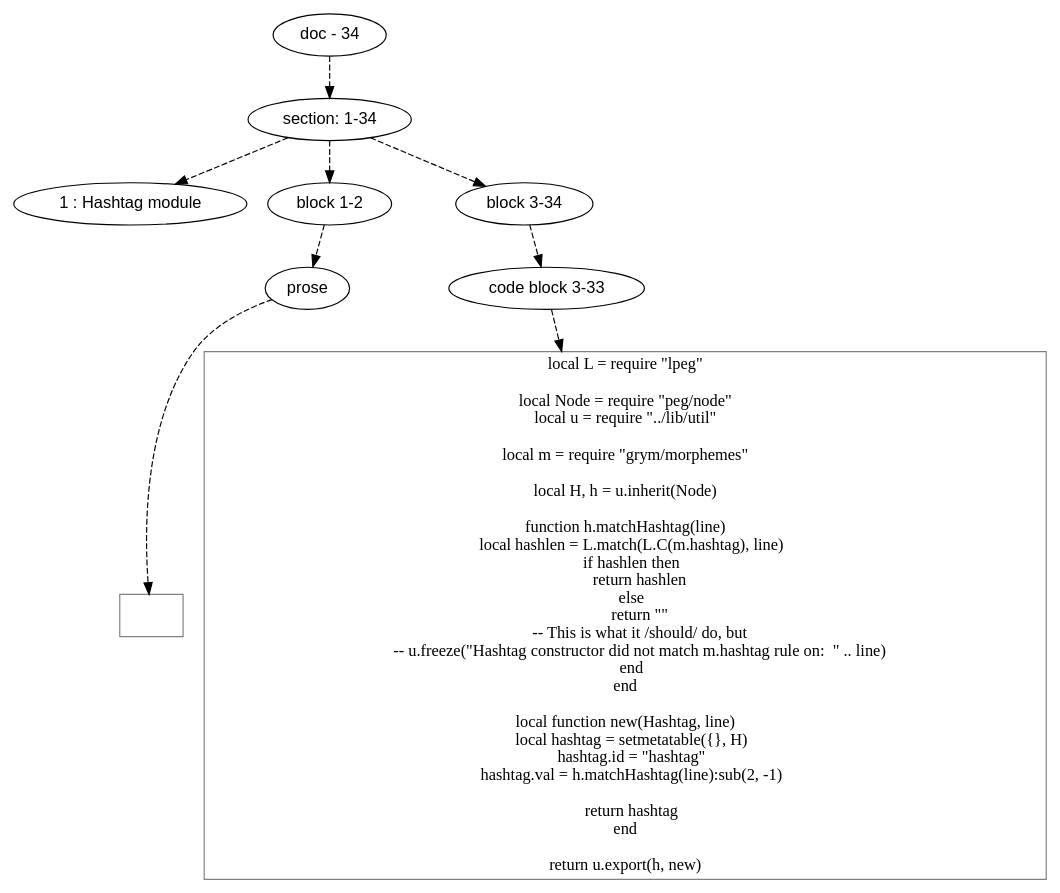
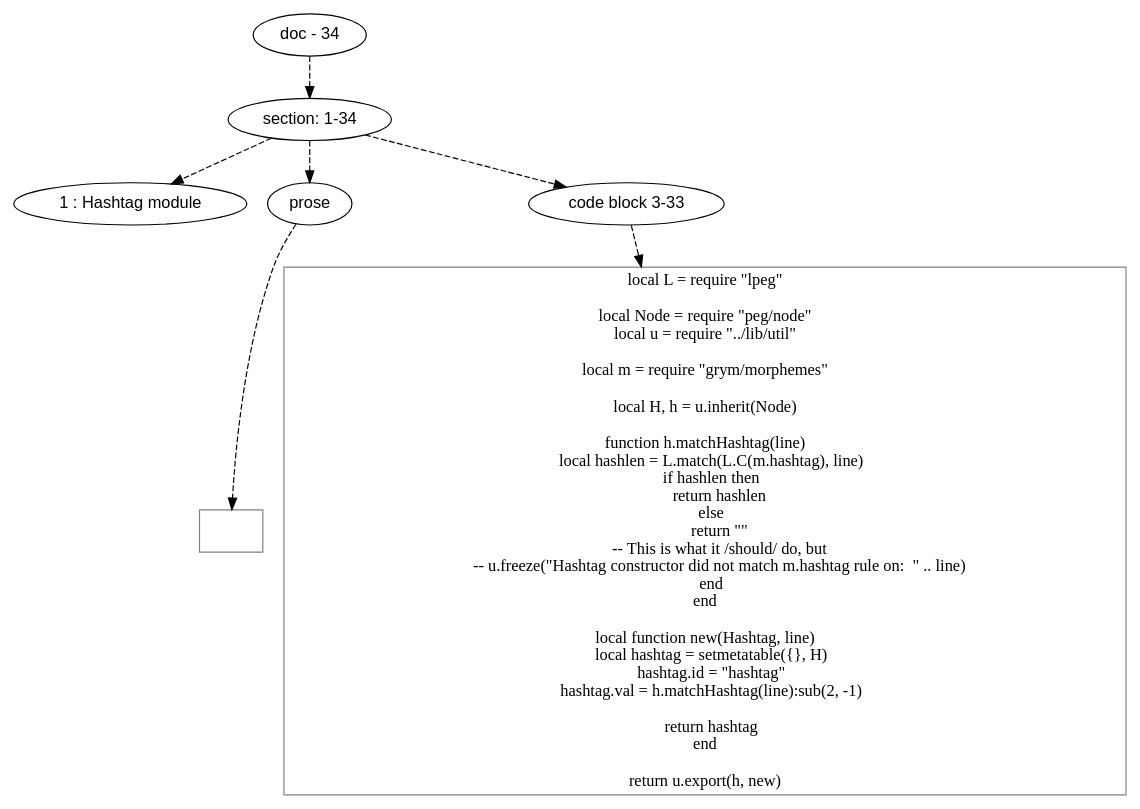
Before and after one commit to mnemnion/orb: the diagram in doc/dot/grym/hashtag.dot, drawn with Graphviz. The commit also changed 117 other files, not shown here.

```diff
--- a/doc/dot/grym/hashtag.dot
+++ b/doc/dot/grym/hashtag.dot
@@ -1,70 +1,58 @@
 digraph hierarchy {
 
 node [fontname=Helvetica]
 edge [style=dashed]
 
 doc_0 [label="doc - 34"]
 
 
 doc_0 -> { section_1}
 {rank=same; section_1}
 
 section_1 [label="section: 1-34"]
 
 
-section_1 -> { header_2 block_3 block_4}
-{rank=same; header_2 block_3 block_4}
+section_1 -> { header_2 prose_3 codeblock_4}
+{rank=same; header_2 prose_3 codeblock_4}
 
 header_2 [label="1 : Hashtag module"]
 
-block_3 [label="block 1-2"]
+prose_3 [label="prose"]
 
-block_4 [label="block 3-34"]
+codeblock_4 [label="code block 3-33"]
 
 
-block_3 -> { prose_5}
-{rank=same; prose_5}
-
-prose_5 [label="prose"]
-
-
-prose_5 -> leaf_6
-leaf_6  [color=Gray,shape=rectangle,fontname=Inconsolata,label=""]
-block_4 -> { codeblock_7}
-{rank=same; codeblock_7}
-
-codeblock_7 [label="code block 3-33"]
-
-
-codeblock_7 -> leaf_8
-leaf_8  [color=Gray,shape=rectangle,fontname=Inconsolata,label="local L = require \"lpeg\"
+prose_3 -> leaf_5
+leaf_5  [color=Gray,shape=rectangle,fontname=Inconsolata,label=""]
+codeblock_4 -> leaf_6
+leaf_6  [color=Gray,shape=rectangle,fontname=Inconsolata,label="local L = require \"lpeg\"
 
 local Node = require \"peg/node\"
 local u = require \"../lib/util\"
 
 local m = require \"grym/morphemes\"
 
 local H, h = u.inherit(Node)
 
 function h.matchHashtag(line)
     local hashlen = L.match(L.C(m.hashtag), line)
     if hashlen then
         return hashlen
     else
         return \"\"
         -- This is what it /should/ do, but
         -- u.freeze(\"Hashtag constructor did not match m.hashtag rule on:  \" .. line)
     end
 end
 
 local function new(Hashtag, line)
     local hashtag = setmetatable({}, H)
     hashtag.id = \"hashtag\"
     hashtag.val = h.matchHashtag(line):sub(2, -1)
 
     return hashtag
 end
 
 return u.export(h, new)"]
 
 }
```
